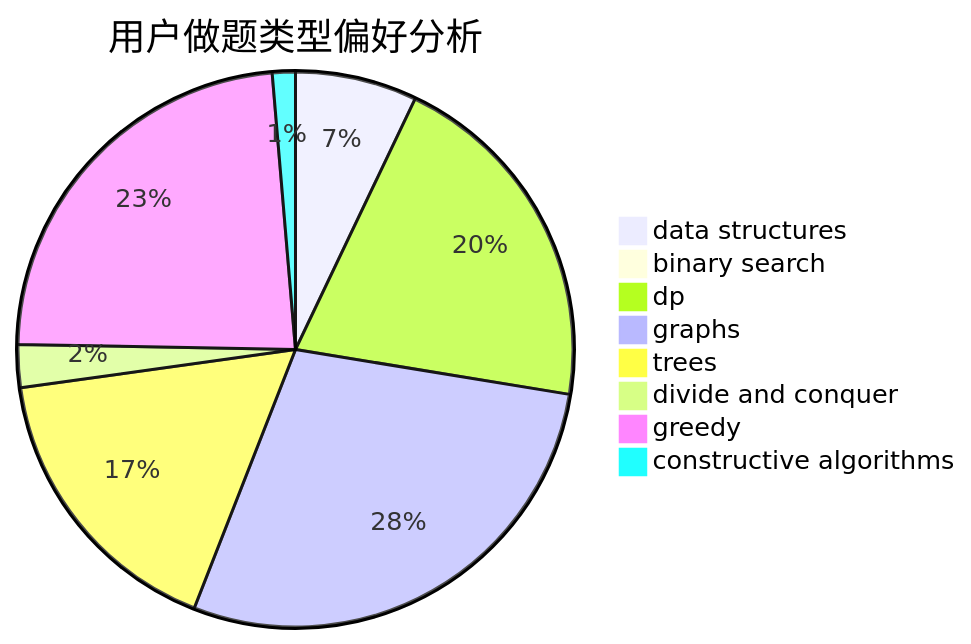
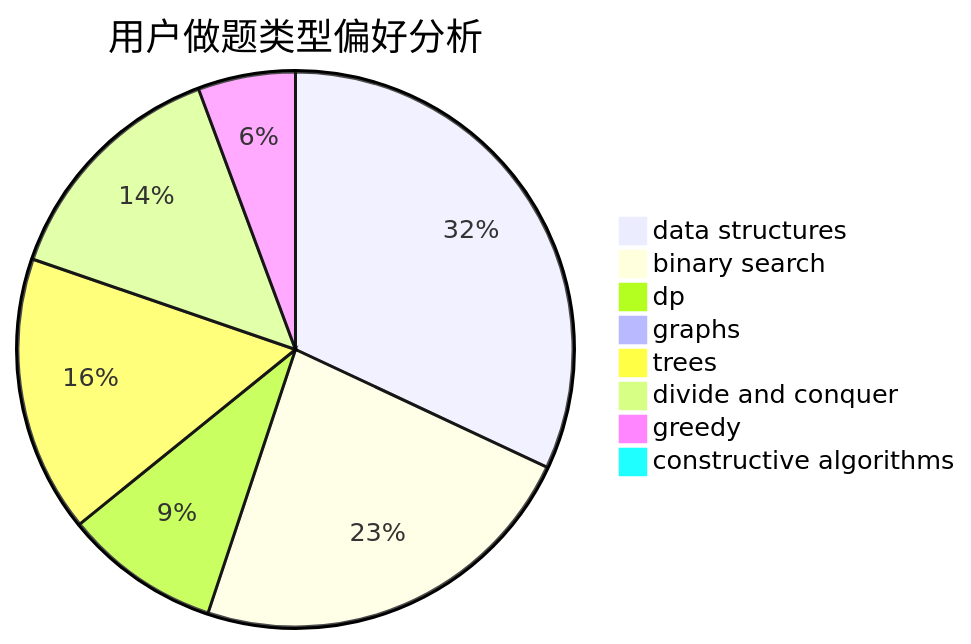
Before and after one commit to sherpahu/cfrs.github.io: the second of 3 diagrams in docs/user/u883.md, drawn with Mermaid. The commit also changed other lines of this file and 2770 other files, not shown here.

````diff
--- a/docs/user/u883.md
+++ b/docs/user/u883.md
@@ -23,11 +23,11 @@
 ```mermaid
 pie title 用户做题类型偏好分析
-    "data structures" :  37
-    "binary search" :  0
-    "dp" :  107
-    "graphs" :  148
-    "trees" :  88
-    "divide and conquer" :  13
-    "greedy" :  122
-    "constructive algorithms" :  7
+    "data structures" :  141
+    "binary search" :  102
+    "dp" :  40
+    "graphs" :  1
+    "trees" :  71
+    "divide and conquer" :  62
+    "greedy" :  25
+    "constructive algorithms" :  1
 ```
````
